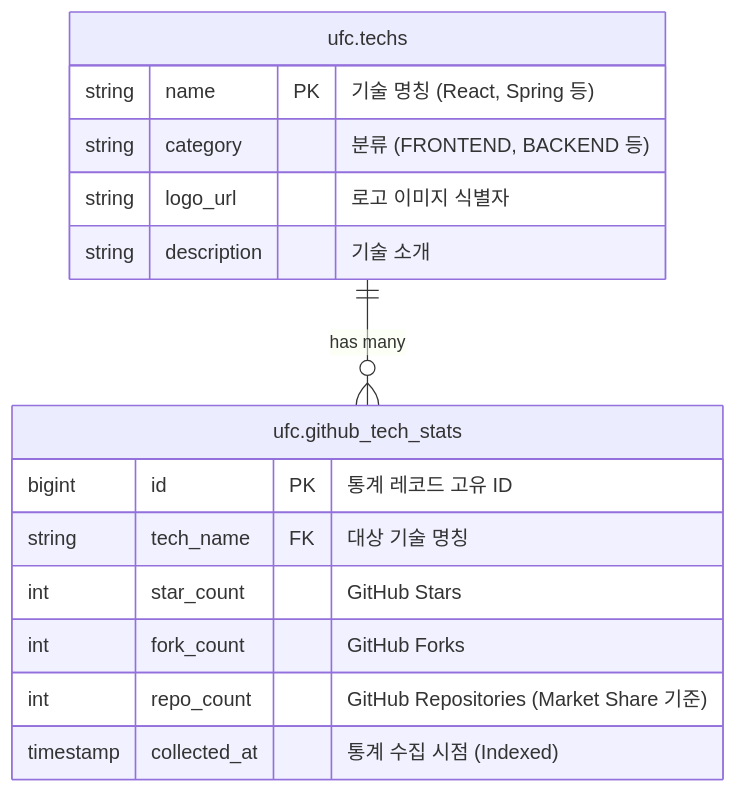
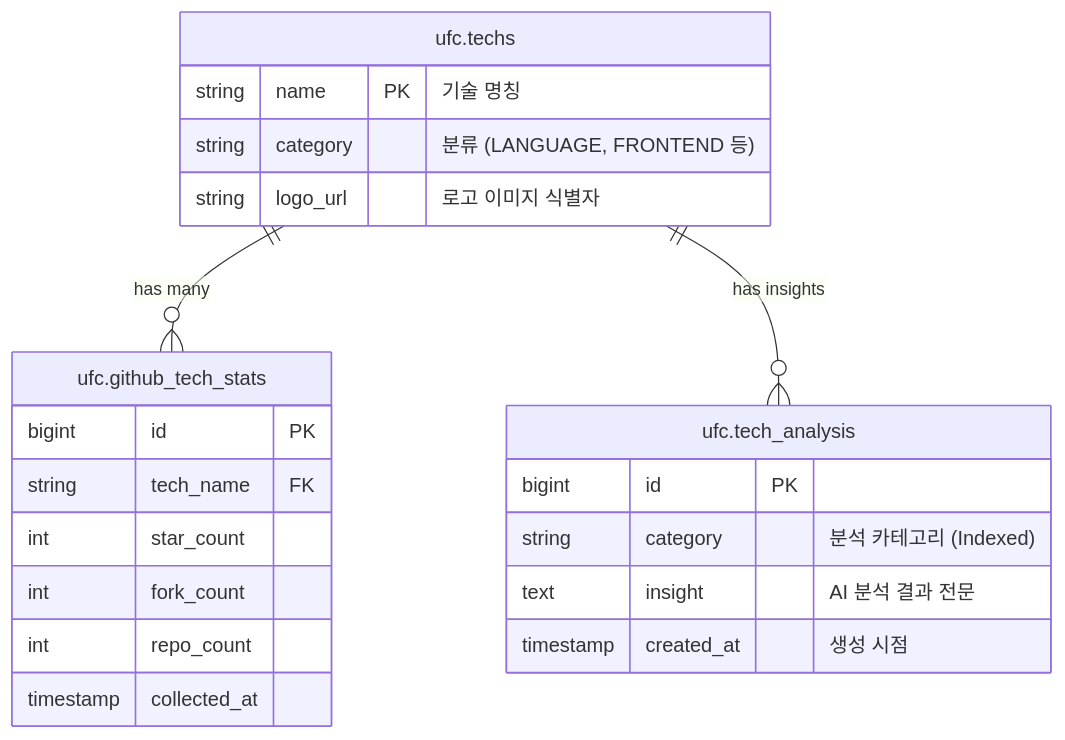
One commit to nx2803/Ultimate-Framework-Championship changed the diagram in README.md. Above: the diagram before and after it, drawn with Mermaid. The commit also changed other lines of this file and 1 other file, not shown here.

````diff
--- a/README.md
+++ b/README.md
@@ -93,20 +106,27 @@
 ```mermaid
 erDiagram
     "ufc.techs" ||--o{ "ufc.github_tech_stats" : "has many"
+    "ufc.techs" ||--o{ "ufc.tech_analysis" : "has insights"
     
     "ufc.techs" {
-        string name PK "기술 명칭 (React, Spring 등)"
-        string category "분류 (FRONTEND, BACKEND 등)"
+        string name PK "기술 명칭"
+        string category "분류 (LANGUAGE, FRONTEND 등)"
         string logo_url "로고 이미지 식별자"
-        string description "기술 소개"
     }
 
     "ufc.github_tech_stats" {
-        bigint id PK "통계 레코드 고유 ID"
-        string tech_name FK "대상 기술 명칭"
-        int star_count "GitHub Stars"
-        int fork_count "GitHub Forks"
-        int repo_count "GitHub Repositories (Market Share 기준)"
-        timestamp collected_at "통계 수집 시점 (Indexed)"
+        bigint id PK
+        string tech_name FK
+        int star_count
+        int fork_count
+        int repo_count
+        timestamp collected_at
+    }
+
+    "ufc.tech_analysis" {
+        bigint id PK
+        string category "분석 카테고리 (Indexed)"
+        text insight "AI 분석 결과 전문"
+        timestamp created_at "생성 시점"
     }
 ```
````
